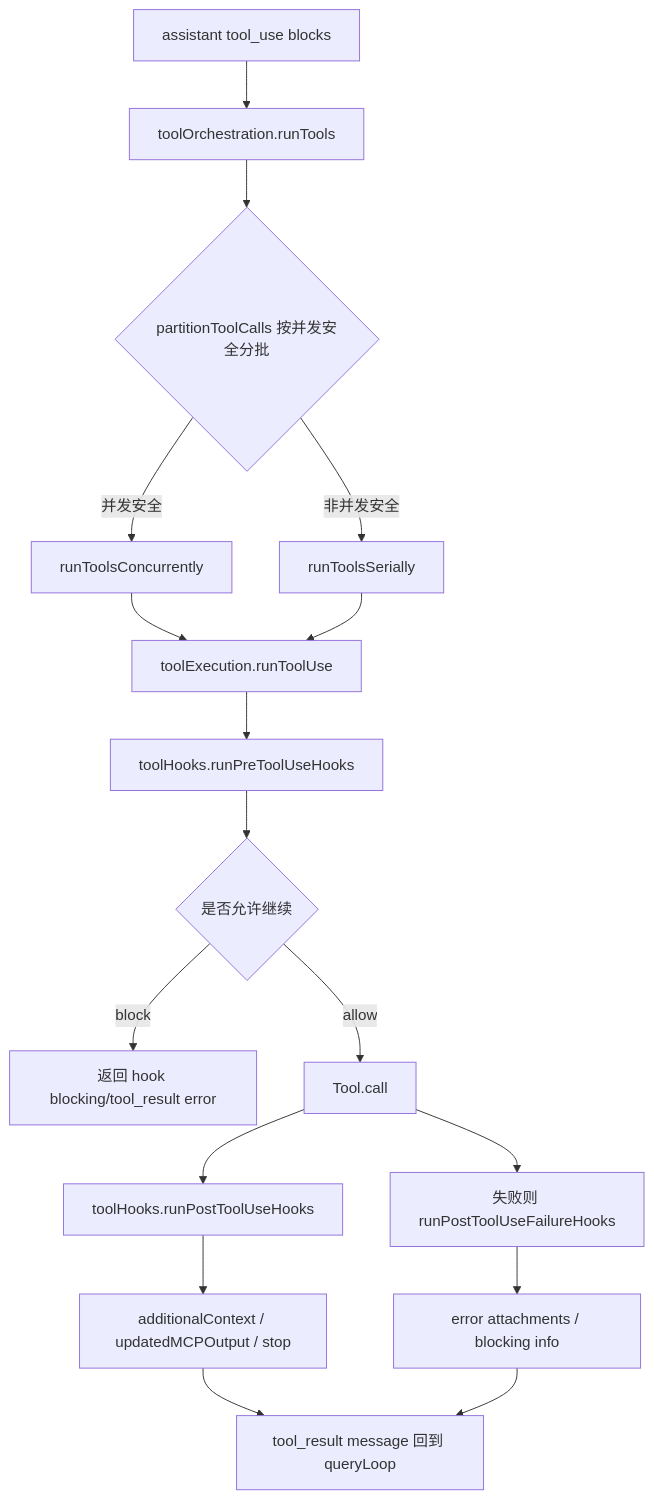
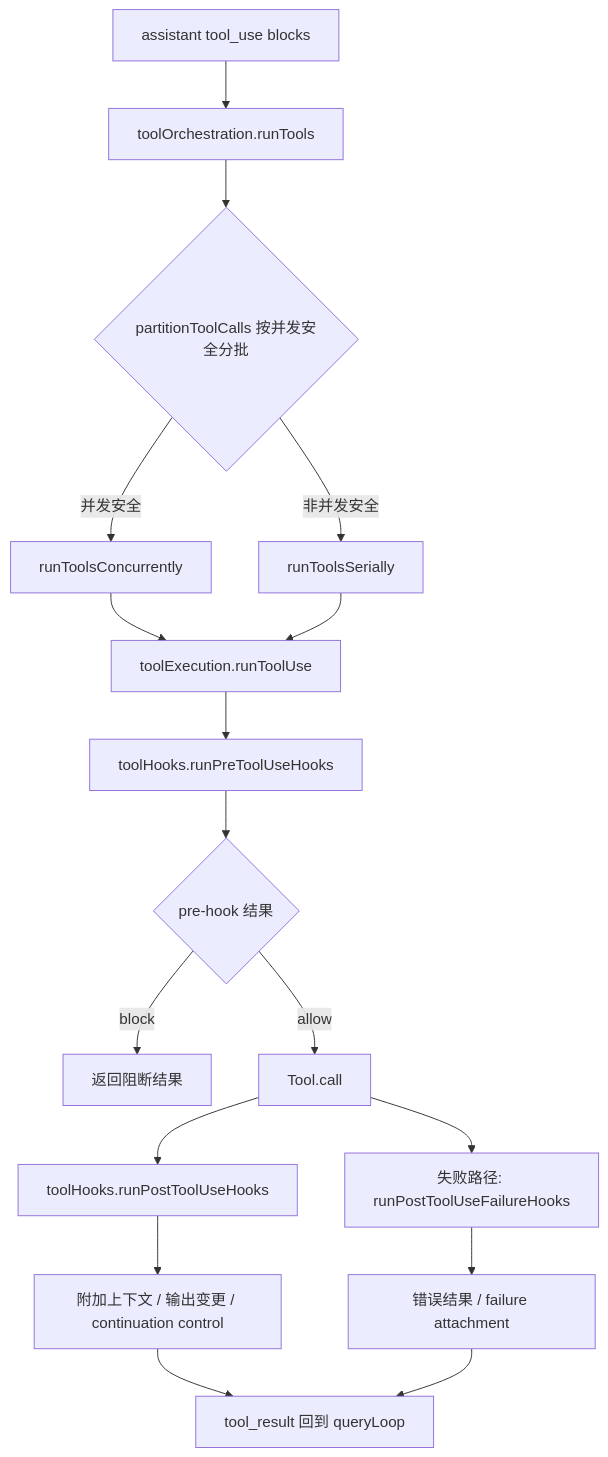
The third of 5 diagrams in docs/07-main-loop-sequence-and-call-chains.md (AICCer1/claude-code-analysis), drawn with Mermaid before and after one commit. The commit also changed other lines of this file and 8 other files, not shown here.

Commit message:
Rewrite core documents in a formal architecture-review style

````diff
--- a/docs/07-main-loop-sequence-and-call-chains.md
+++ b/docs/07-main-loop-sequence-and-call-chains.md
@@ -226,19 +170,19 @@
 ```mermaid
 flowchart TD
     A[assistant tool_use blocks] --> B[toolOrchestration.runTools]
     B --> C{partitionToolCalls 按并发安全分批}
     C -->|并发安全| D[runToolsConcurrently]
     C -->|非并发安全| E[runToolsSerially]
     D --> F[toolExecution.runToolUse]
     E --> F
     F --> G[toolHooks.runPreToolUseHooks]
-    G --> H{是否允许继续}
-    H -->|block| I[返回 hook blocking/tool_result error]
+    G --> H{pre-hook 结果}
+    H -->|block| I[返回阻断结果]
     H -->|allow| J[Tool.call]
     J --> K[toolHooks.runPostToolUseHooks]
-    J --> L[失败则 runPostToolUseFailureHooks]
-    K --> M[additionalContext / updatedMCPOutput / stop]
-    L --> N[error attachments / blocking info]
-    M --> O[tool_result message 回到 queryLoop]
+    J --> L[失败路径: runPostToolUseFailureHooks]
+    K --> M[附加上下文 / 输出变更 / continuation control]
+    L --> N[错误结果 / failure attachment]
+    M --> O[tool_result 回到 queryLoop]
     N --> O
 ```
````
